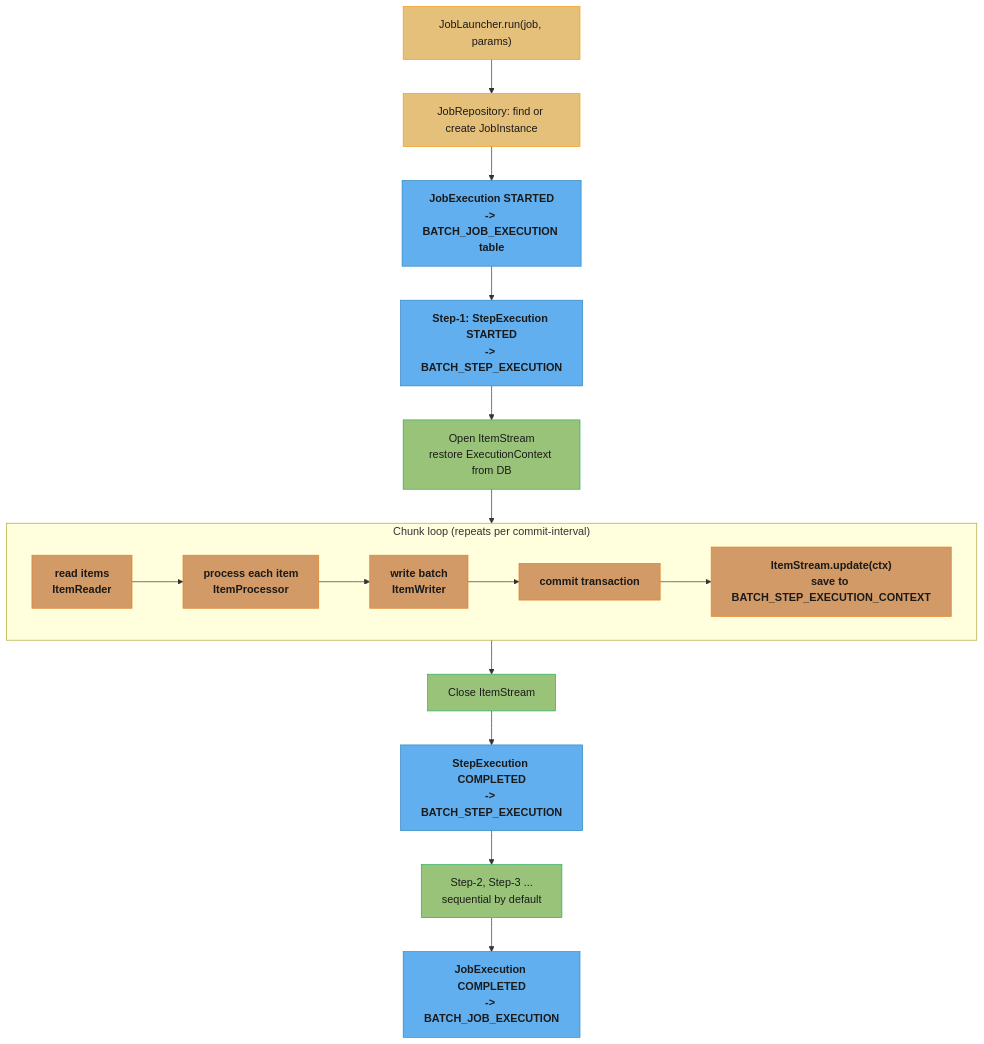
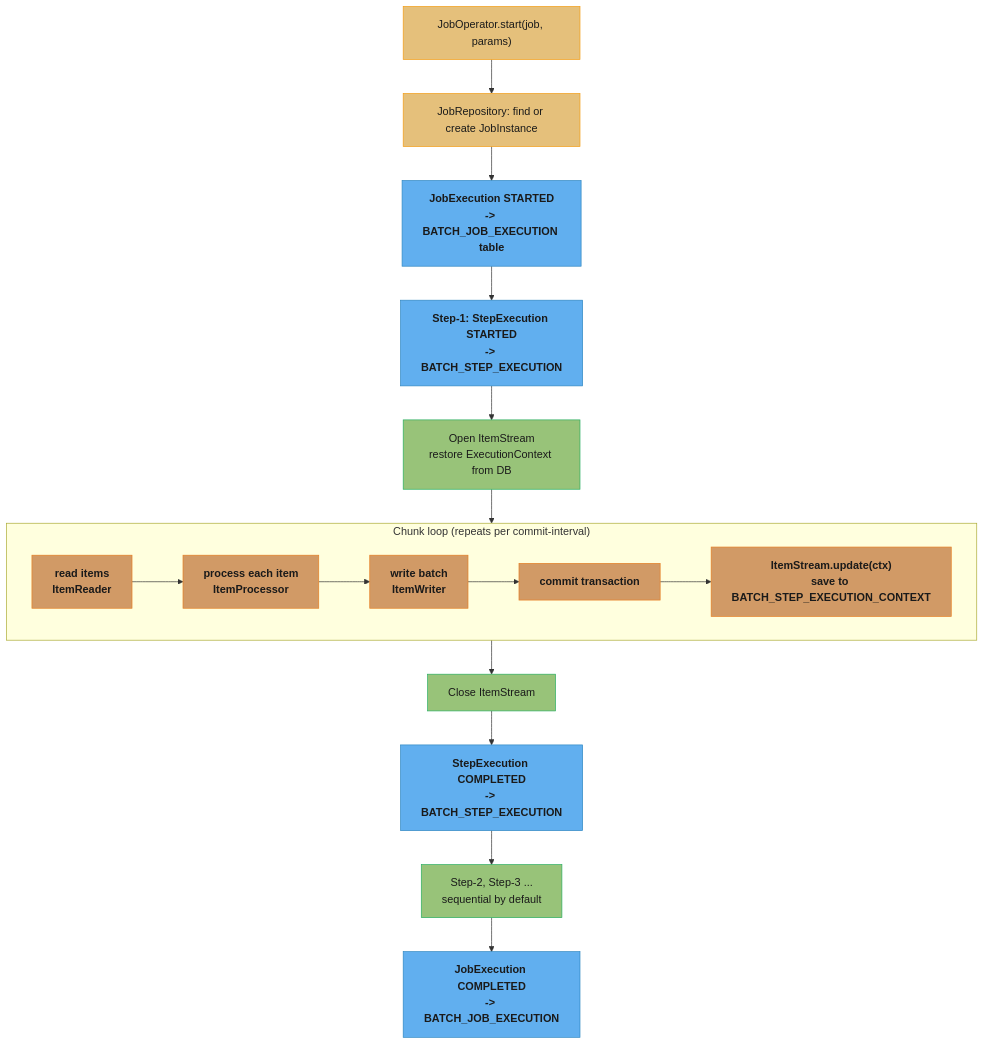
One commit to rppol/system-design changed the second of 4 diagrams in src/main/java/com/rutik/systemdesign/spring/spring_batch/spring_batch.md. Above: the diagram before and after it, drawn with Mermaid. The commit also changed other lines of this file and 466 other files, not shown here.

````diff
--- a/src/main/java/com/rutik/systemdesign/spring/spring_batch/spring_batch.md
+++ b/src/main/java/com/rutik/systemdesign/spring/spring_batch/spring_batch.md
@@ -95,34 +100,34 @@
 ```mermaid
 flowchart TD
     classDef io      fill:#61afef,stroke:#2e86c1,color:#1a1a1a,font-weight:bold
     classDef frozen  fill:#c678dd,stroke:#9b59b6,color:#fff
     classDef train   fill:#98c379,stroke:#27ae60,color:#1a1a1a
     classDef mathOp  fill:#d19a66,stroke:#e67e22,color:#1a1a1a,font-weight:bold
     classDef lossN   fill:#e06c75,stroke:#c0392b,color:#fff,font-weight:bold
     classDef req     fill:#56b6c2,stroke:#0097a7,color:#1a1a1a
     classDef base    fill:#e5c07b,stroke:#f39c12,color:#1a1a1a
 
-    launch["JobLauncher.run(job, params)"] --> repo["JobRepository: find or create JobInstance"]
+    launch["JobOperator.start(job, params)"] --> repo["JobRepository: find or create JobInstance"]
     repo --> jobExec["JobExecution STARTED\n-> BATCH_JOB_EXECUTION table"]
     jobExec --> stepExec["Step-1: StepExecution STARTED\n-> BATCH_STEP_EXECUTION"]
     stepExec --> openStream["Open ItemStream\nrestore ExecutionContext from DB"]
     openStream --> chunkLoop
 
     subgraph chunkLoop ["Chunk loop (repeats per commit-interval)"]
         direction LR
         read["read items\nItemReader"] --> process["process each item\nItemProcessor"]
         process --> write["write batch\nItemWriter"]
         write --> commit["commit transaction"]
         commit --> update["ItemStream.update(ctx)\nsave to BATCH_STEP_EXECUTION_CONTEXT"]
     end
 
     chunkLoop --> closeStream["Close ItemStream"]
     closeStream --> stepDone["StepExecution COMPLETED\n-> BATCH_STEP_EXECUTION"]
     stepDone --> step2["Step-2, Step-3 ...\nsequential by default"]
     step2 --> jobDone["JobExecution COMPLETED\n-> BATCH_JOB_EXECUTION"]
 
     class launch,repo base
     class jobExec,stepExec,stepDone,jobDone io
     class openStream,closeStream,step2 train
     class read,process,write,commit,update mathOp
 ```
````
